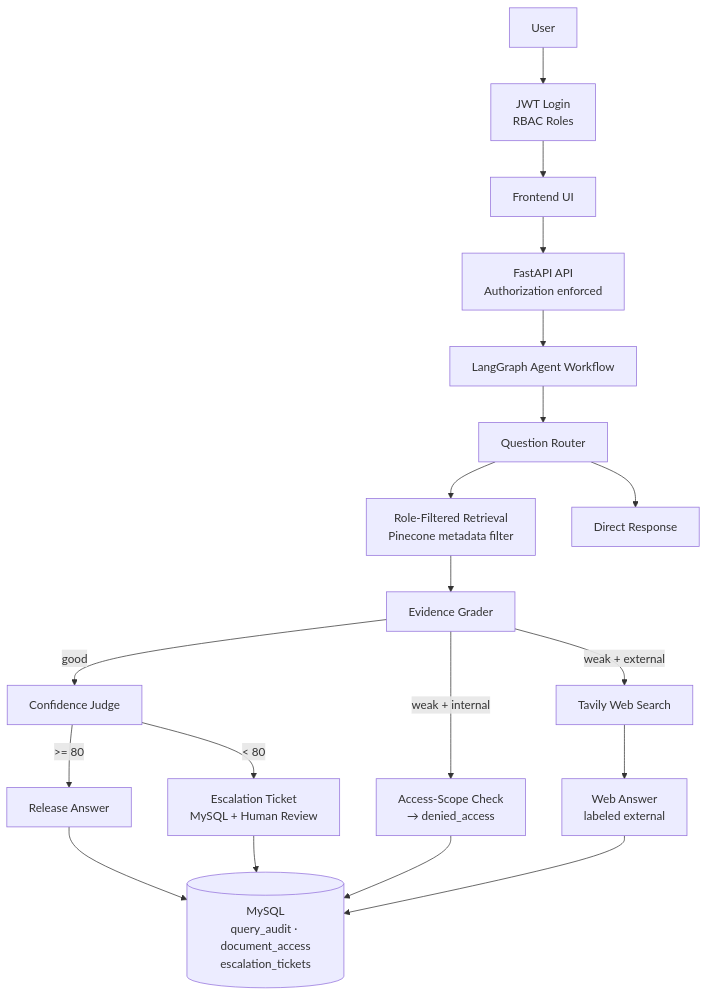
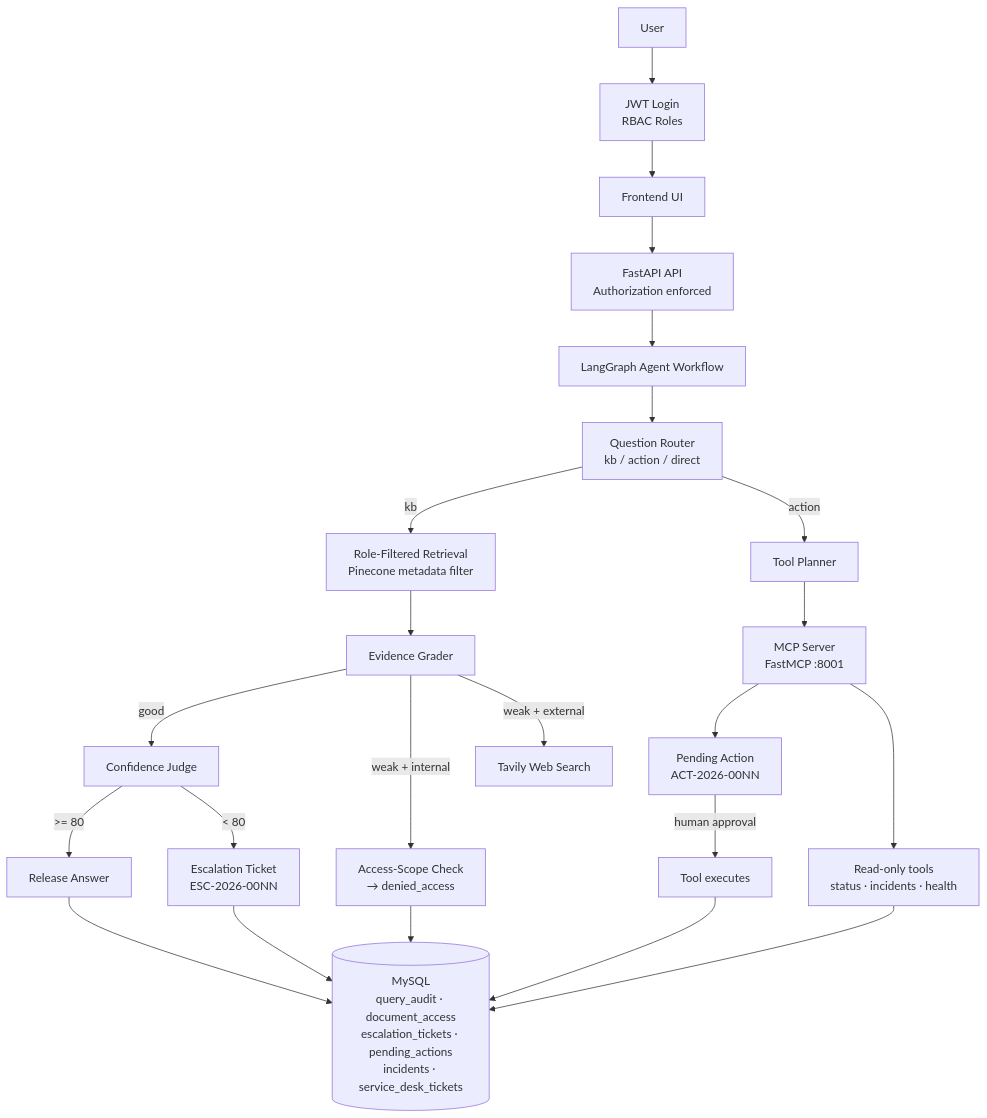
The third of 3 diagrams in README.md (solutionundertaken95/Agentic-Rag-Application), drawn with Mermaid before and after one commit. The commit also changed other lines of this file and 11 other files, not shown here.

Commit message:
add MCP tool server with Rbac

````diff
--- a/README.md
+++ b/README.md
@@ -153,26 +197,30 @@
 ```mermaid
 flowchart TD
     User[User] --> Login[JWT Login<br/>RBAC Roles]
     Login --> Web[Frontend UI]
     Web --> API[FastAPI API<br/>Authorization enforced]
     API --> Graph[LangGraph Agent Workflow]
-    Graph --> Router[Question Router]
+    Graph --> Router[Question Router<br/>kb / action / direct]
 
-    Router --> KB[Role-Filtered Retrieval<br/>Pinecone metadata filter]
-    Router --> Direct[Direct Response]
+    Router -->|action| Tools[Tool Planner]
+    Tools --> MCP[MCP Server<br/>FastMCP :8001]
+    MCP --> ReadOnly[Read-only tools<br/>status · incidents · health]
+    MCP --> Mutating[Pending Action<br/>ACT-2026-00NN]
+    Mutating -->|human approval| Exec[Tool executes]
 
+    Router -->|kb| KB[Role-Filtered Retrieval<br/>Pinecone metadata filter]
     KB --> GradeKB[Evidence Grader]
     GradeKB -->|good| Conf[Confidence Judge]
     GradeKB -->|weak + internal| Denied[Access-Scope Check<br/>→ denied_access]
     GradeKB -->|weak + external| WebSearch[Tavily Web Search]
 
     Conf -->|>= 80| KBAnswer[Release Answer]
-    Conf -->|< 80| Esc[Escalation Ticket<br/>MySQL + Human Review]
+    Conf -->|< 80| Esc[Escalation Ticket<br/>ESC-2026-00NN]
 
-    WebSearch --> WebAnswer[Web Answer<br/>labeled external]
-
-    KBAnswer --> Audit[(MySQL<br/>query_audit · document_access<br/>escalation_tickets)]
+    Audit[(MySQL<br/>query_audit · document_access<br/>escalation_tickets · pending_actions<br/>incidents · service_desk_tickets)]
+    KBAnswer --> Audit
     Esc --> Audit
     Denied --> Audit
-    WebAnswer --> Audit
+    Exec --> Audit
+    ReadOnly --> Audit
 ```
````
